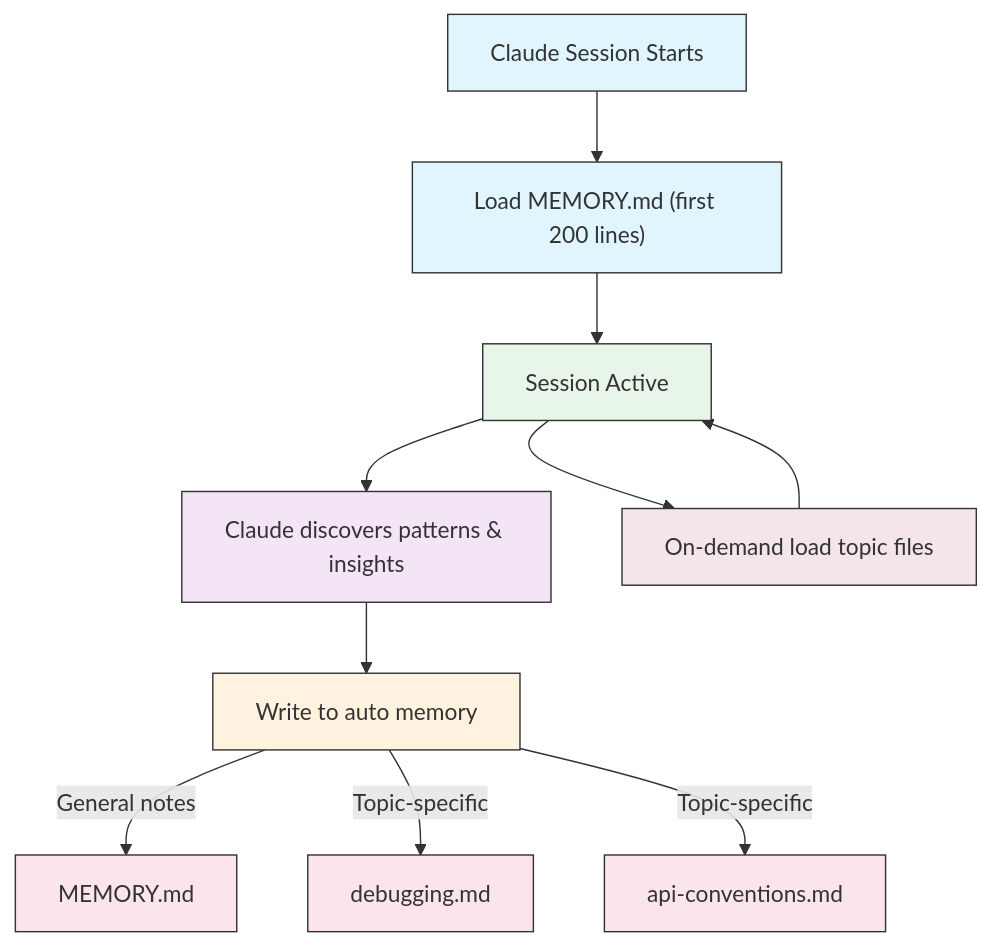
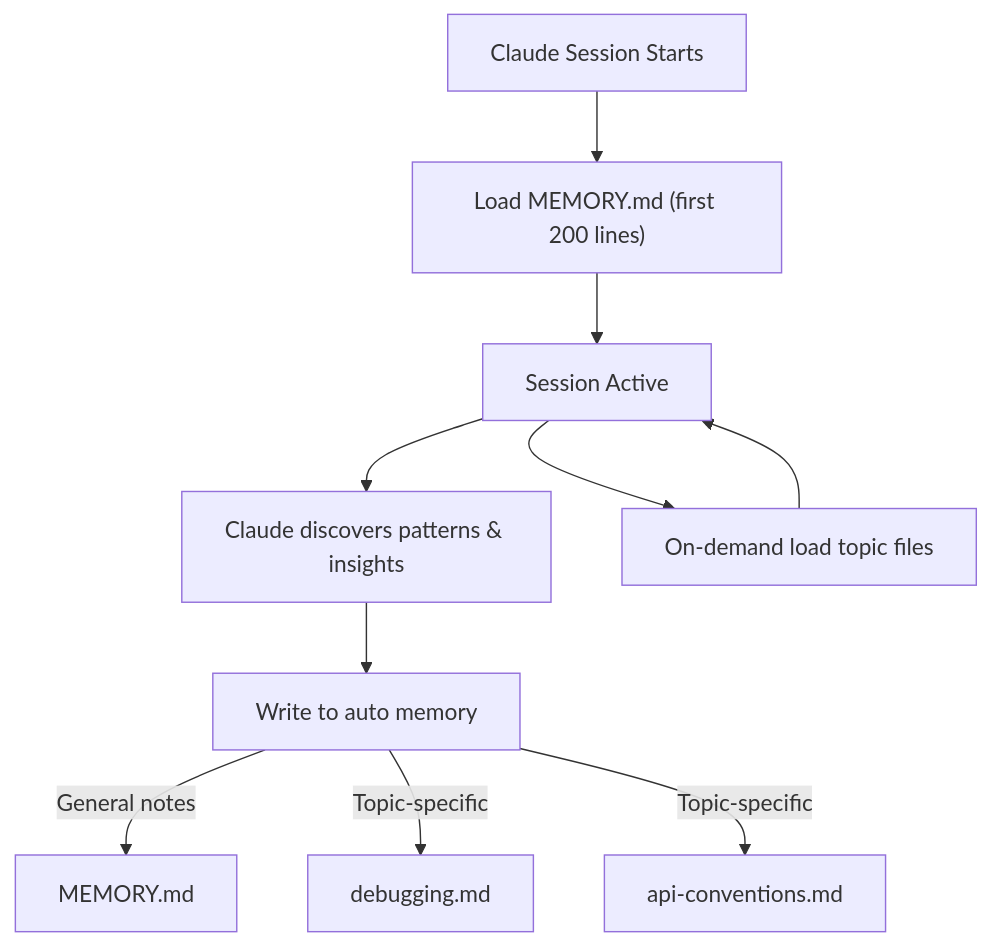
The fourth of 5 diagrams in claude-howto-zh/02-memory/README.md (Rx782-Fss/claude-howto-zh), drawn with Mermaid before and after one commit. The commit also changed other lines of this file and 9 other files, not shown here.

Commit message:
fix: 清除 Mermaid style 行(105处)和节点标签数字列表格式(17处)，修复 Obsidian/GitHub 'Unsupported markdown: list' 渲染错误

````diff
--- a/claude-howto-zh/02-memory/README.md
+++ b/claude-howto-zh/02-memory/README.md
@@ -431,22 +421,13 @@
 ```mermaid
 graph TD
     A["Claude Session Starts"] --> B["Load MEMORY.md (first 200 lines)"]
     B --> C["Session Active"]
     C --> D["Claude discovers patterns & insights"]
     D --> E["Write to auto memory"]
     E -->|General notes| F["MEMORY.md"]
     E -->|Topic-specific| G["debugging.md"]
     E -->|Topic-specific| H["api-conventions.md"]
     C --> I["On-demand load topic files"]
     I --> C
 
-    style A fill:#e1f5fe,stroke:#333,color:#333
-    style B fill:#e1f5fe,stroke:#333,color:#333
-    style C fill:#e8f5e9,stroke:#333,color:#333
-    style D fill:#f3e5f5,stroke:#333,color:#333
-    style E fill:#fff3e0,stroke:#333,color:#333
-    style F fill:#fce4ec,stroke:#333,color:#333
-    style G fill:#fce4ec,stroke:#333,color:#333
-    style H fill:#fce4ec,stroke:#333,color:#333
-    style I fill:#f3e5e9,stroke:#333,color:#333
 ```
````
